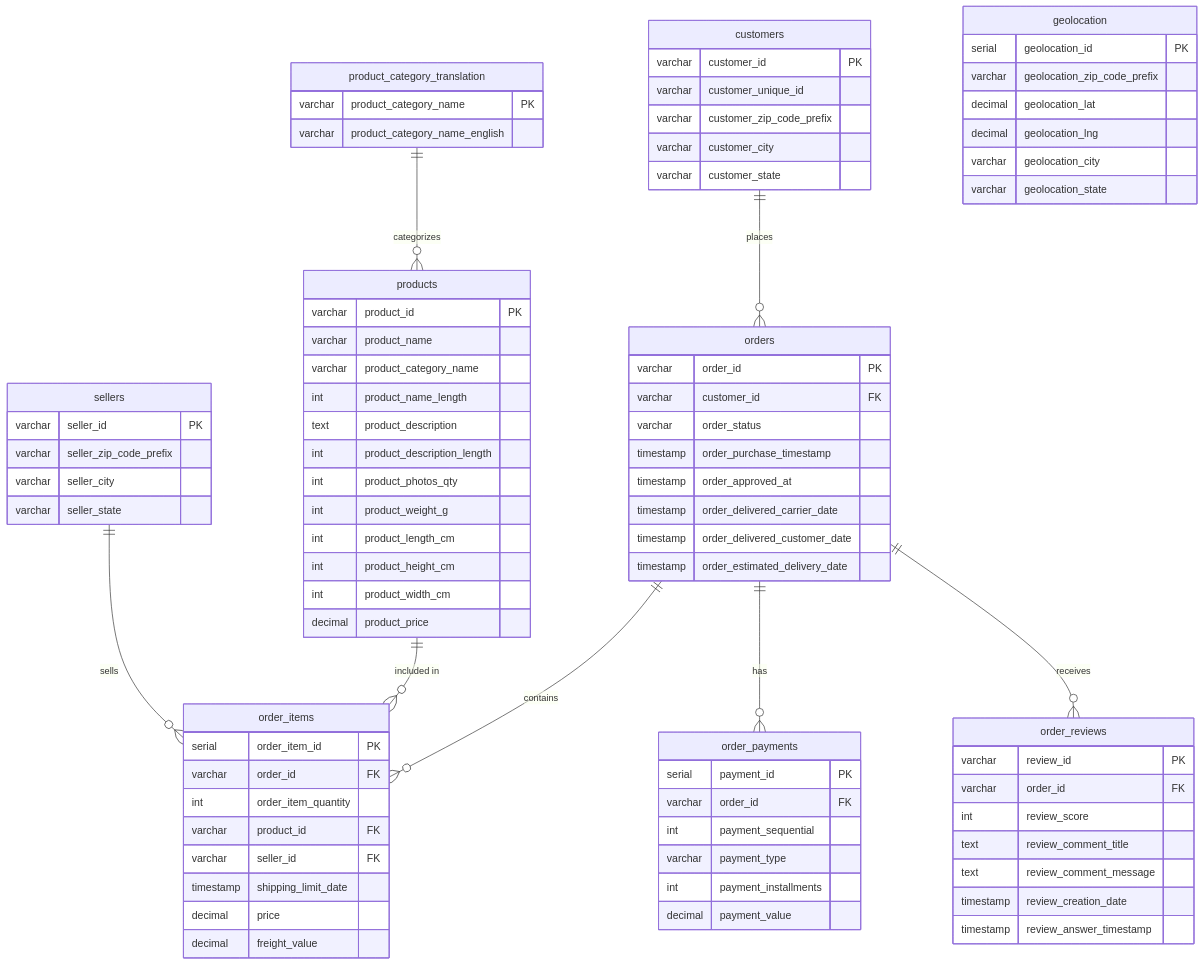
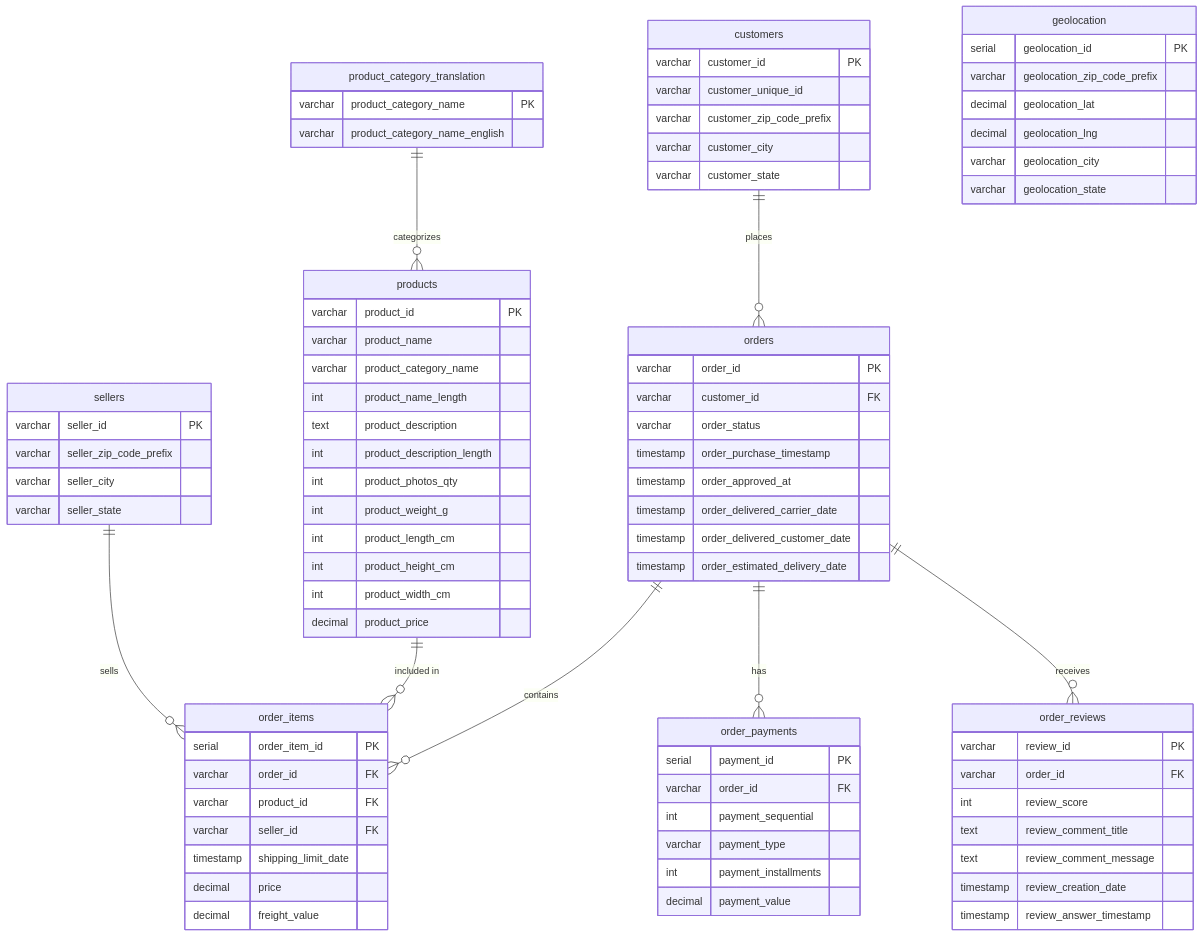
Before and after one commit to morten-l-k/cloud-native-shop: the diagram in database/er-diagram.md, drawn with Mermaid.

Commit message:
Removed int order_item_quantity (not in database present but in scheme)

```diff
--- a/database/er-diagram.md
+++ b/database/er-diagram.md
@@ -43,7 +43,6 @@
     order_items {
         serial order_item_id PK
         varchar order_id FK
-        int order_item_quantity
         varchar product_id FK
         varchar seller_id FK
         timestamp shipping_limit_date
```
